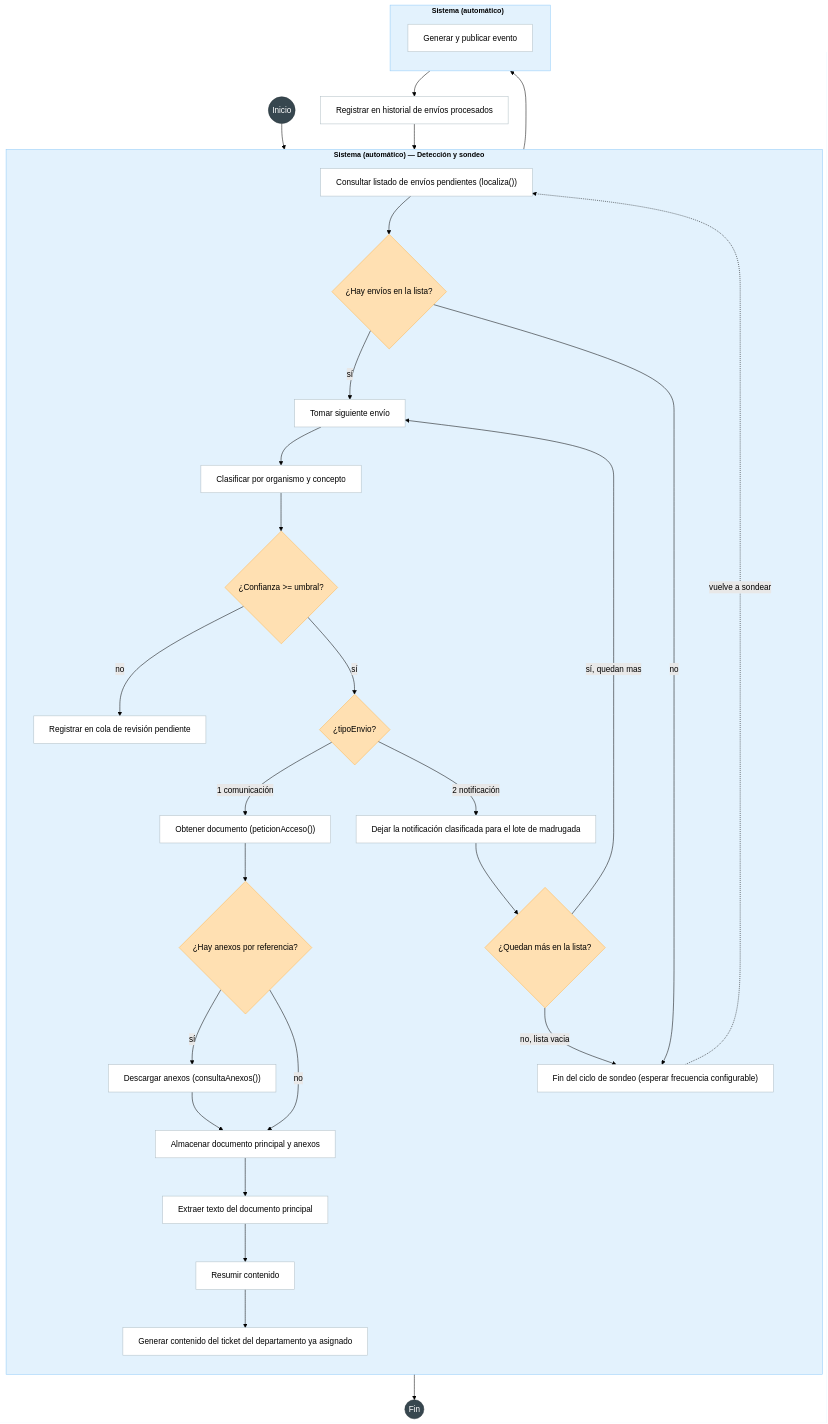
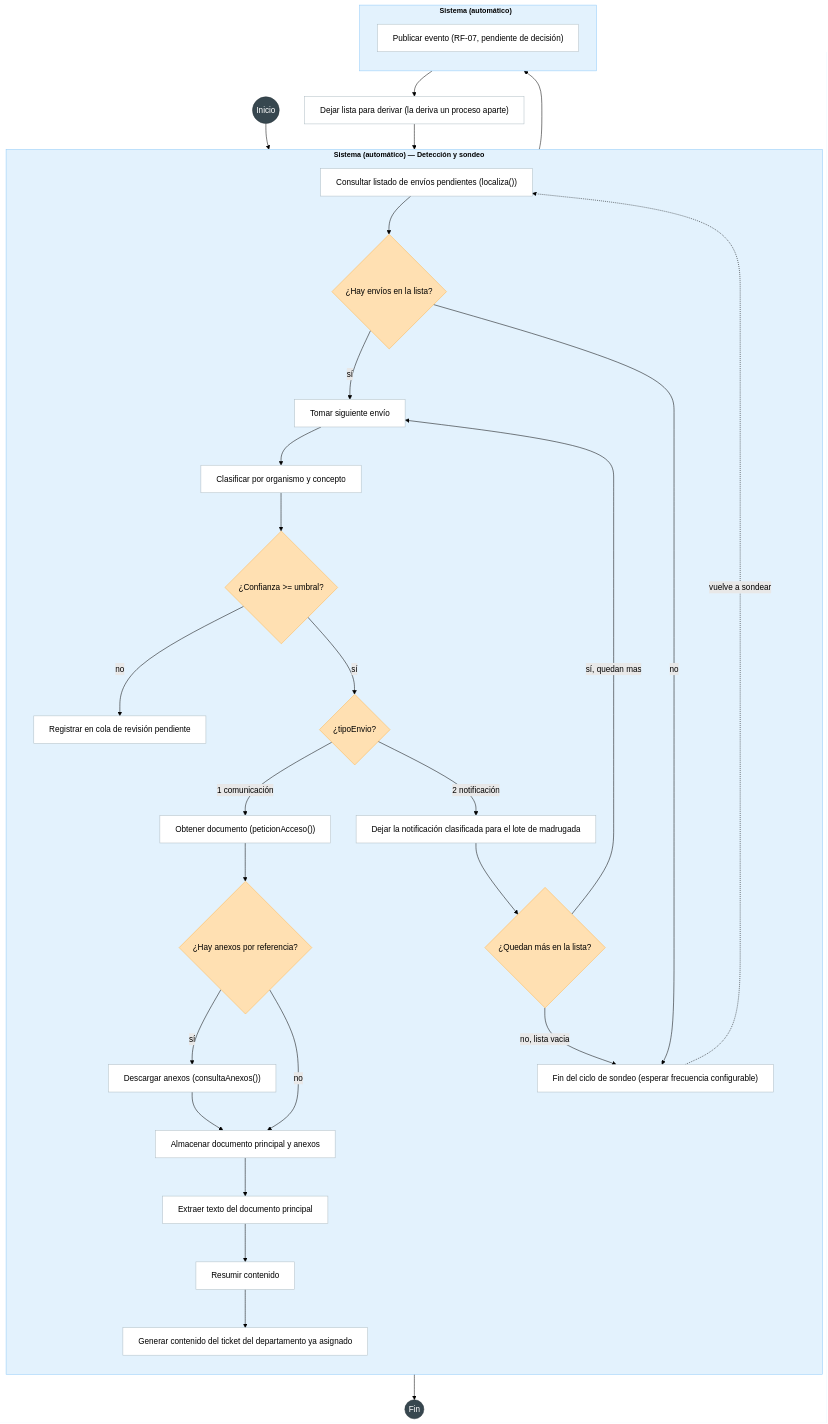
Before and after one commit to XIN917/TFM: the first of 6 diagrams in Diagramas/Diagramas_de_flujo.md, drawn with Mermaid (forest theme). The commit also changed other lines of this file and 7 other files, not shown here.

````diff
--- a/Diagramas/Diagramas_de_flujo.md
+++ b/Diagramas/Diagramas_de_flujo.md
@@ -11,60 +11,60 @@
 ```mermaid
 %%{init: {"flowchart": {"wrappingWidth": 600}}}%%
 flowchart TD
     start(("Inicio")) --> a1
 
     subgraph SIS1["Sistema (automático) — Detección y sondeo"]
         direction TB
         a1["Consultar listado de envíos pendientes (localiza())"]
         decHasItems{"¿Hay envíos en la lista?"}
         loopNext["Tomar siguiente envío"]
         aClasif["Clasificar por organismo y concepto"]
         decN{"¿Confianza >= umbral?"}
         decTipo{"¿tipoEnvio?"}
         a2["Obtener documento (peticionAcceso())"]
         decAnexos{"¿Hay anexos por referencia?"}
         aAnexos["Descargar anexos (consultaAnexos())"]
         a3["Almacenar documento principal y anexos"]
         a4["Extraer texto del documento principal"]
         a5["Resumir contenido"]
         aNotif["Dejar la notificación clasificada para el lote de madrugada"]
         decLoop{"¿Quedan más en la lista?"}
         pollWait["Fin del ciclo de sondeo (esperar frecuencia configurable)"]
 
         a1 --> decHasItems
         decHasItems -->|sí| loopNext --> aClasif --> decN
         decN -->|no| pendReview["Registrar en cola de revisión pendiente"]
         decN -->|sí| decTipo
         decTipo -->|1 comunicación| a2 --> decAnexos
         decAnexos -->|sí| aAnexos --> a3
         decAnexos -->|no| a3
         a3 --> a4 --> a5 --> b1
         decTipo -->|2 notificación| aNotif --> decLoop
         decHasItems -->|no| pollWait
         decLoop -->|sí, quedan mas| loopNext
         decLoop -->|no, lista vacia| pollWait
         pollWait -.->|vuelve a sondear| a1
     end
 
     pendReview --> stop2(("Fin"))
 
     subgraph SIS2["Sistema (automático)"]
         direction TB
         b1["Generar contenido del ticket del departamento ya asignado"]
-        b2["Generar y publicar evento"]
+        b2["Publicar evento (RF-07, pendiente de decisión)"]
         b1 --> b2
     end
 
-    b2 --> procReg["Registrar en historial de envíos procesados"] --> decLoop
+    b2 --> procReg["Dejar lista para derivar (la deriva un proceso aparte)"] --> decLoop
 
     style SIS1 fill:#E3F2FD,stroke:#90CAF9,color:#000000,font-weight:bold,font-size:14px
     style SIS2 fill:#E3F2FD,stroke:#90CAF9,color:#000000,font-weight:bold,font-size:14px
 
     classDef process fill:#FFFFFF,stroke:#B0BEC5,color:#000000;
     classDef decision fill:#FFE0B2,stroke:#FFB74D,color:#000000;
     classDef terminal fill:#37474F,stroke:#263238,color:#ffffff;
 
     class a1,a2,aAnexos,a3,a4,a5,aClasif,aNotif,loopNext,pollWait,b1,b2,pendReview,procReg process
     class decN,decHasItems,decTipo,decAnexos,decLoop decision
     class start,stop2 terminal
 ```
````
